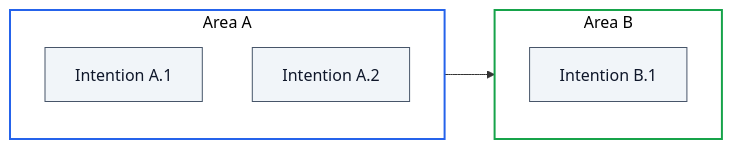
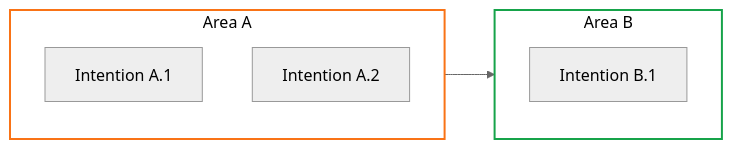
One commit to Hotusa-Data/ehc-agent-harness changed the diagram in skills/skills-for-docs/business-reports/references/diagrams.md. Above: the diagram before and after it, drawn with Mermaid. The commit also changed 15 other files, not shown here.

Commit message:
improve mermaid diagrams

````diff
--- a/skills/skills-for-docs/business-reports/references/diagrams.md
+++ b/skills/skills-for-docs/business-reports/references/diagrams.md
@@ -45,22 +45,23 @@
 ```mermaid
+---
+config:
+  theme: neutral
+---
 flowchart LR
     accTitle: <System> — Intention Map
     accDescr: Areas and intentions covered by the system.
 
     subgraph Area_A["Area A"]
         a1["Intention A.1"]
         a2["Intention A.2"]
     end
 
     subgraph Area_B["Area B"]
         b1["Intention B.1"]
     end
 
     Area_A --> Area_B
 
-    classDef intention fill:#f1f5f9,stroke:#475569,stroke-width:1px,color:#0f172a
-    class a1,a2,b1 intention
-
-    style Area_A fill:#ffffff,stroke:#2563eb,stroke-width:2px,color:#000000
+    style Area_A fill:#ffffff,stroke:#f97316,stroke-width:2px,color:#000000
     style Area_B fill:#ffffff,stroke:#16a34a,stroke-width:2px,color:#000000
 ```
````
